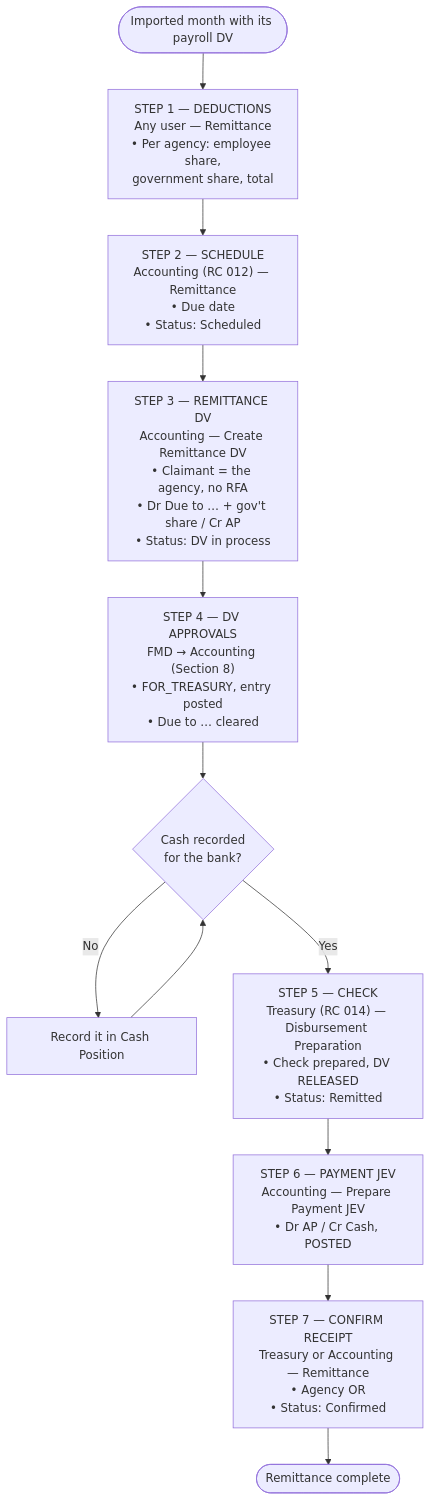
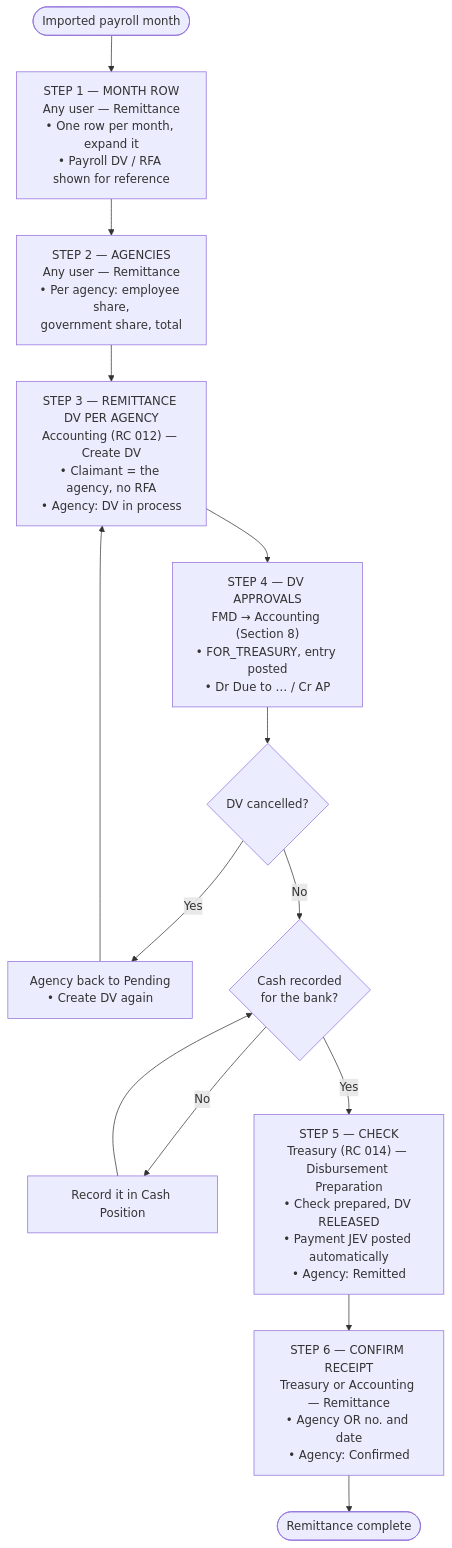
Before and after one commit to A-team-ITBS/fims-nha: diagram 11 of 14 in system_docs/process-flow/PROCESS-FLOW.md, drawn with Mermaid. The commit also changed other lines of this file and 2 other files, not shown here.

First line of the commit message:
Update process flow documentation for clarity and accuracy

````diff
--- a/system_docs/process-flow/PROCESS-FLOW.md
+++ b/system_docs/process-flow/PROCESS-FLOW.md
@@ -410,14 +419,16 @@
 ```mermaid
 flowchart TD
-    START(["Imported month with its payroll DV"]) --> S1["STEP 1 — DEDUCTIONS<br/>Any user — Remittance<br/>• Per agency: employee share,<br/>government share, total"]
-    S1 --> S2["STEP 2 — SCHEDULE<br/>Accounting (RC 012) — Remittance<br/>• Due date<br/>• Status: Scheduled"]
-    S2 --> S3["STEP 3 — REMITTANCE DV<br/>Accounting — Create Remittance DV<br/>• Claimant = the agency, no RFA<br/>• Dr Due to … + gov't share / Cr AP<br/>• Status: DV in process"]
-    S3 --> S4["STEP 4 — DV APPROVALS<br/>FMD → Accounting (Section 8)<br/>• FOR_TREASURY, entry posted<br/>• Due to … cleared"]
-    S4 --> D1{"Cash recorded<br/>for the bank?"}
+    START(["Imported payroll month"]) --> S1["STEP 1 — MONTH ROW<br/>Any user — Remittance<br/>• One row per month, expand it<br/>• Payroll DV / RFA shown for reference"]
+    S1 --> S2["STEP 2 — AGENCIES<br/>Any user — Remittance<br/>• Per agency: employee share,<br/>government share, total"]
+    S2 --> S3["STEP 3 — REMITTANCE DV PER AGENCY<br/>Accounting (RC 012) — Create DV<br/>• Claimant = the agency, no RFA<br/>• Agency: DV in process"]
+    S3 --> S4["STEP 4 — DV APPROVALS<br/>FMD → Accounting (Section 8)<br/>• FOR_TREASURY, entry posted<br/>• Dr Due to … / Cr AP"]
+    S4 --> D2{"DV cancelled?"}
+    D2 -->|"Yes"| X["Agency back to Pending<br/>• Create DV again"]
+    X --> S3
+    D2 -->|"No"| D1{"Cash recorded<br/>for the bank?"}
     D1 -->|"No"| R1["Record it in Cash Position"]
     R1 --> D1
-    D1 -->|"Yes"| S5["STEP 5 — CHECK<br/>Treasury (RC 014) — Disbursement Preparation<br/>• Check prepared, DV RELEASED<br/>• Status: Remitted"]
-    S5 --> S6["STEP 6 — PAYMENT JEV<br/>Accounting — Prepare Payment JEV<br/>• Dr AP / Cr Cash, POSTED"]
-    S6 --> S7["STEP 7 — CONFIRM RECEIPT<br/>Treasury or Accounting — Remittance<br/>• Agency OR<br/>• Status: Confirmed"]
-    S7 --> END(["Remittance complete"])
+    D1 -->|"Yes"| S5["STEP 5 — CHECK<br/>Treasury (RC 014) — Disbursement Preparation<br/>• Check prepared, DV RELEASED<br/>• Payment JEV posted automatically<br/>• Agency: Remitted"]
+    S5 --> S6["STEP 6 — CONFIRM RECEIPT<br/>Treasury or Accounting — Remittance<br/>• Agency OR no. and date<br/>• Agency: Confirmed"]
+    S6 --> END(["Remittance complete"])
 ```
````
